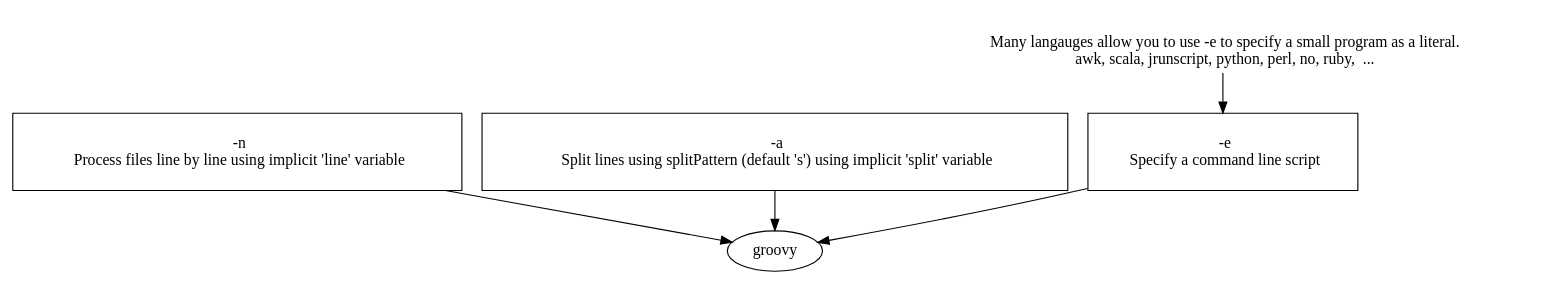
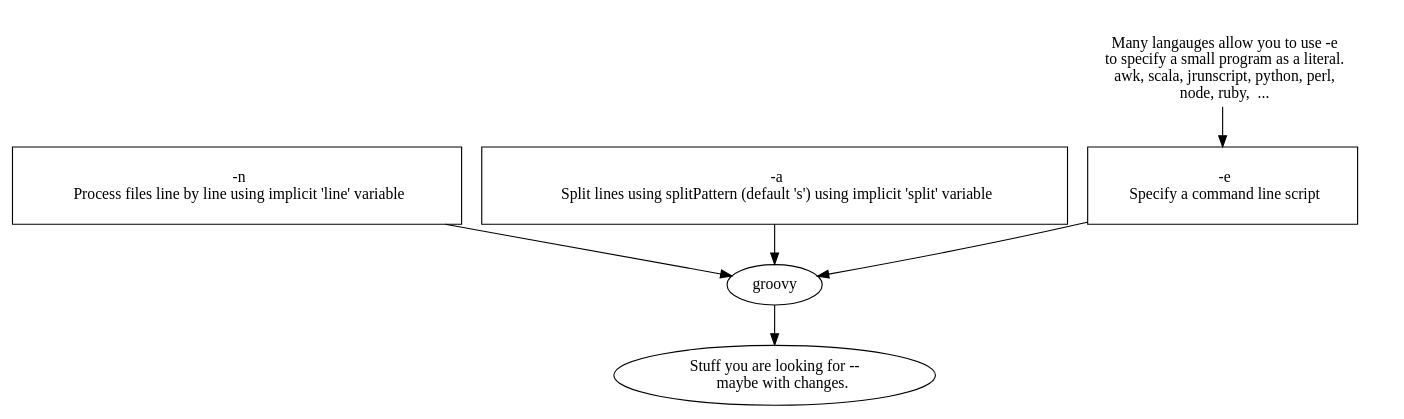
One commit to curtcox/practical-graphviz changed the diagram in groovy.dot. Above: the diagram before and after it, drawn with Graphviz. The commit also changed 31 other files, not shown here.

```diff
--- a/groovy.dot
+++ b/groovy.dot
@@ -1,24 +1,30 @@
 digraph G {
 
-  { e, n, a } -> groovy
+  #rankdir=LR
+
+  { e, n, a } -> groovy ->
+     "Stuff you are looking for --
+     maybe with changes."
   also -> e
 
   n [shape=box label="
   -n
   Process files line by line using implicit 'line' variable
   "]
 
   e [shape=box label="
   -e
   Specify a command line script
   "]
 
   a [shape=box label="
   -a
   Split lines using splitPattern (default '\s') using implicit 'split' variable
   "]
 
   also [shape=none label="
-  Many langauges allow you to use -e to specify a small program as a literal.
-  awk, scala, jrunscript, python, perl, no, ruby,  ..."]
+  Many langauges allow you to use -e
+  to specify a small program as a literal.
+  awk, scala, jrunscript, python, perl,
+  node, ruby,  ..."]
 }
```
